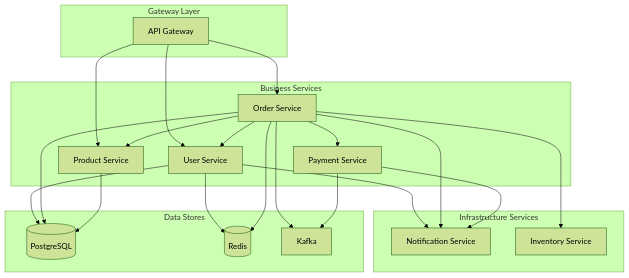
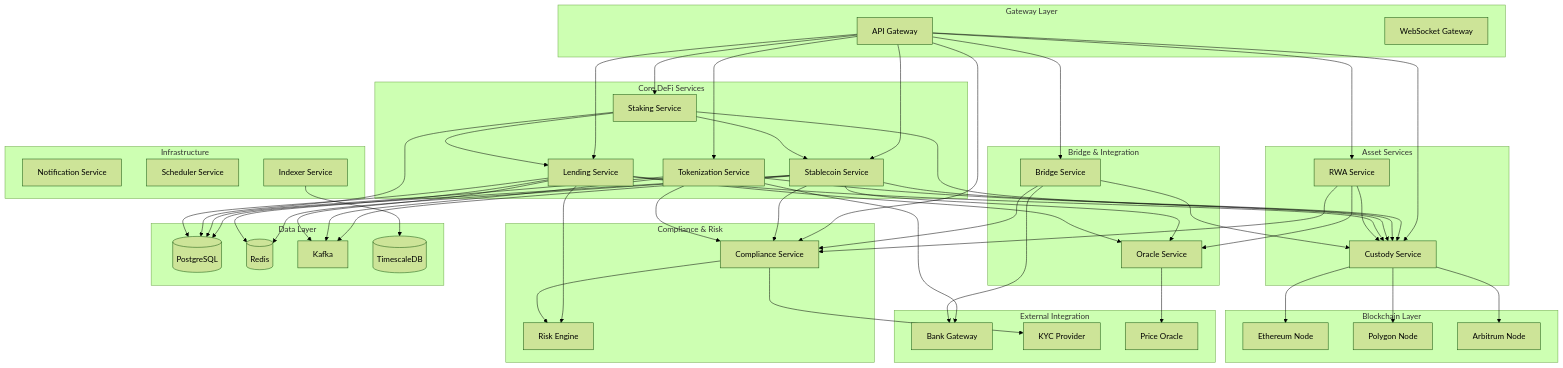
The diagram in docs-example/domain-knowledge/service-mesh/service-catalog.md (throughsky/knowledge-base-test), drawn with Mermaid (forest theme) before and after one commit. The commit also changed other lines of this file and 10 other files, not shown here.

````diff
--- a/docs-example/domain-knowledge/service-mesh/service-catalog.md
+++ b/docs-example/domain-knowledge/service-mesh/service-catalog.md
@@ -21,47 +22,110 @@
 ```mermaid
 graph TB
     subgraph Gateway Layer
-        GW[API Gateway]
+        AGW[API Gateway]
+        WGW[WebSocket Gateway]
     end
 
-    subgraph Business Services
-        US[User Service]
-        OS[Order Service]
-        PS[Product Service]
-        PY[Payment Service]
+    subgraph Core DeFi Services
+        STC[Stablecoin Service]
+        TKN[Tokenization Service]
+        STK[Staking Service]
+        LND[Lending Service]
     end
 
-    subgraph Infrastructure Services
-        NS[Notification Service]
-        IS[Inventory Service]
+    subgraph Asset Services
+        CST[Custody Service]
+        RWA[RWA Service]
     end
 
-    subgraph Data Stores
+    subgraph Bridge & Integration
+        BRG[Bridge Service]
+        ORC[Oracle Service]
+    end
+
+    subgraph Compliance & Risk
+        CMP[Compliance Service]
+        RSK[Risk Engine]
+    end
+
+    subgraph Infrastructure
+        NTF[Notification Service]
+        SCH[Scheduler Service]
+        IDX[Indexer Service]
+    end
+
+    subgraph Blockchain Layer
+        ETH[Ethereum Node]
+        PLG[Polygon Node]
+        ARB[Arbitrum Node]
+    end
+
+    subgraph External Integration
+        BNK[Bank Gateway]
+        KYC[KYC Provider]
+        PRC[Price Oracle]
+    end
+
+    subgraph Data Layer
         PG[(PostgreSQL)]
         RD[(Redis)]
         KF[Kafka]
+        TM[(TimescaleDB)]
     end
 
-    GW --> US
-    GW --> OS
-    GW --> PS
+    AGW --> STC
+    AGW --> TKN
+    AGW --> STK
+    AGW --> LND
+    AGW --> CST
+    AGW --> RWA
+    AGW --> BRG
+    AGW --> CMP
 
-    OS --> US
-    OS --> PS
-    OS --> IS
-    OS --> PY
+    STC --> CST
+    STC --> CMP
+    STC --> ORC
 
-    US --> NS
-    OS --> NS
-    PY --> NS
+    TKN --> CST
+    TKN --> CMP
+    TKN --> BNK
 
-    US --> PG
-    OS --> PG
-    PS --> PG
+    STK --> CST
+    STK --> STC
+    STK --> LND
 
-    US --> RD
-    OS --> RD
+    LND --> CST
+    LND --> ORC
+    LND --> RSK
 
-    OS --> KF
-    PY --> KF
+    RWA --> CST
+    RWA --> CMP
+    RWA --> ORC
+
+    BRG --> CST
+    BRG --> CMP
+    BRG --> BNK
+
+    CMP --> KYC
+    CMP --> RSK
+
+    CST --> ETH
+    CST --> PLG
+    CST --> ARB
+
+    ORC --> PRC
+
+    STC --> PG
+    TKN --> PG
+    STK --> PG
+    LND --> PG
+
+    STC --> RD
+    LND --> RD
+
+    STC --> KF
+    TKN --> KF
+    LND --> KF
+
+    IDX --> TM
 ```
````
